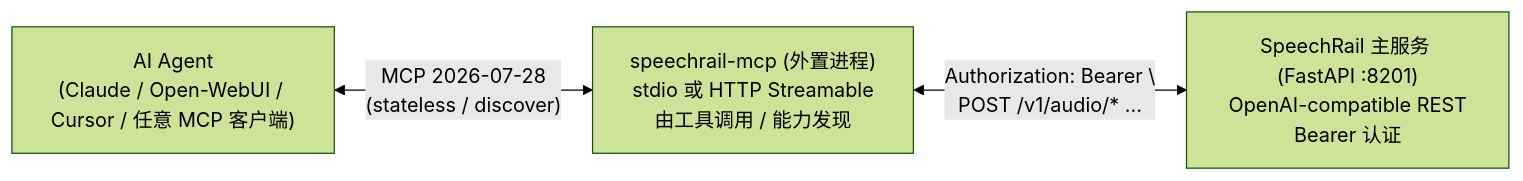
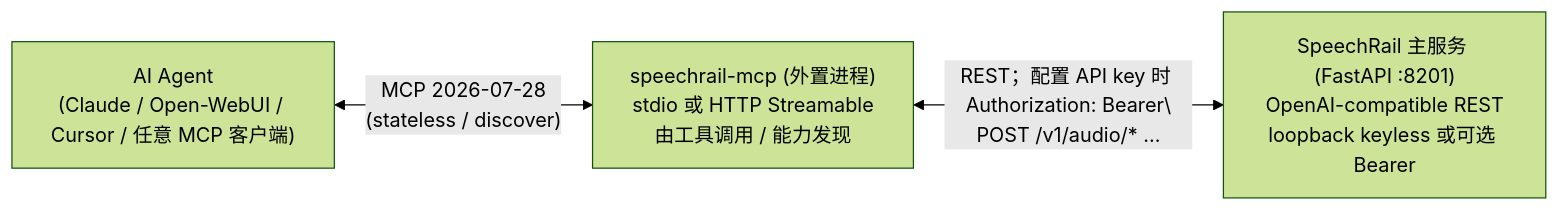
Before and after one commit to hrygo/SpeechRail: the diagram in docs/architecture/speechrail-mcp-proxy.md, drawn with Mermaid (forest theme). The commit also changed other lines of this file and 4 other files, not shown here.

Commit message:
docs: align architecture diagrams with runtime (#29)

````diff
--- a/docs/architecture/speechrail-mcp-proxy.md
+++ b/docs/architecture/speechrail-mcp-proxy.md
@@ -66,9 +66,9 @@
 ```mermaid
 flowchart LR
     Agent["AI Agent\n(Claude / Open-WebUI / Cursor / 任意 MCP 客户端)"]
     Proxy["speechrail-mcp (外置进程)\nstdio 或 HTTP Streamable\n由工具调用 / 能力发现"]
-    Rail["SpeechRail 主服务 (FastAPI :8201)\nOpenAI-compatible REST\nBearer 认证"]
+    Rail["SpeechRail 主服务 (FastAPI :8201)\nOpenAI-compatible REST\nloopback keyless 或可选 Bearer"]
 
     Agent <-->|"MCP 2026-07-28\n(stateless / discover)"| Proxy
-    Proxy <-->|"Authorization: Bearer \\nPOST /v1/audio/* ..."| Rail
+    Proxy <-->|"REST；配置 API key 时 Authorization: Bearer\\nPOST /v1/audio/* ..."| Rail
 ```
````
